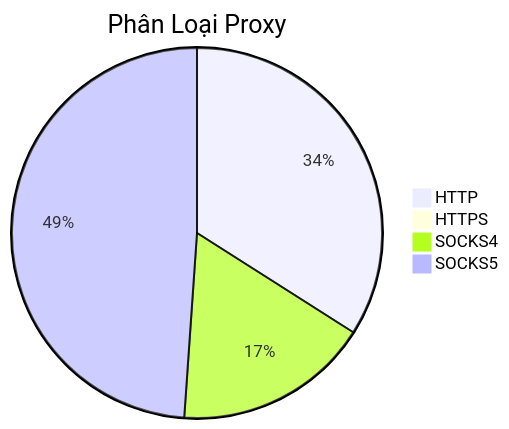
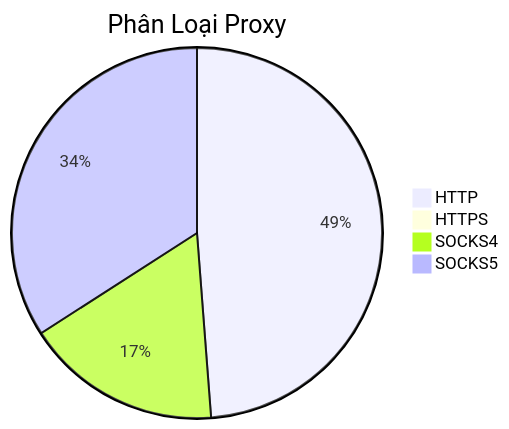
One commit to Ciara-12/PROXY-free changed the diagram in README.md. Above: the diagram before and after it, drawn with Mermaid. The commit also changed other lines of this file and 3 other files, not shown here.

````diff
--- a/README.md
+++ b/README.md
@@ -26,7 +26,7 @@
 ```mermaid
 pie title Phân Loại Proxy
-    "HTTP" : 603
+    "HTTP" : 923
     "HTTPS" : 0
-    "SOCKS4" : 303
-    "SOCKS5" : 867
+    "SOCKS4" : 324
+    "SOCKS5" : 645
 ```
````
